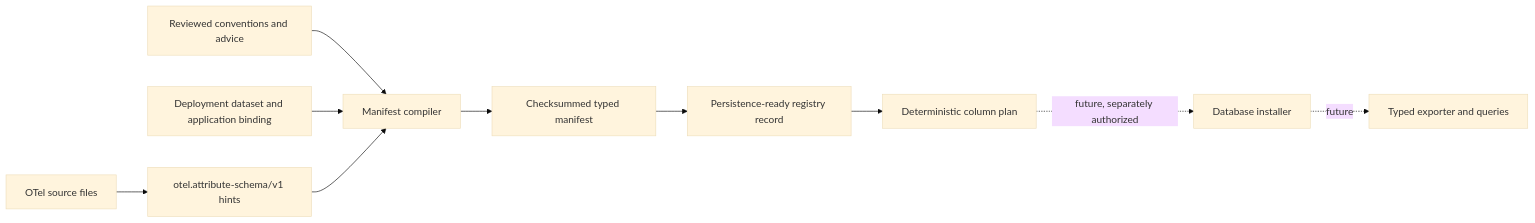
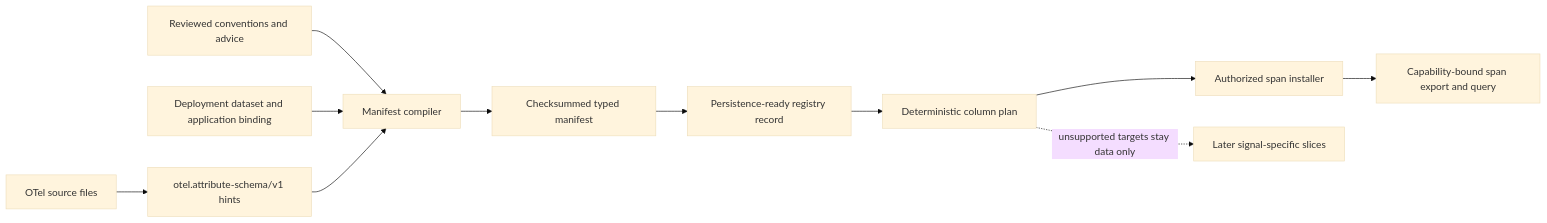
The diagram in docs/typed-attributes.md (chucklehead-dev/jolt-otel-clickhouse), drawn with Mermaid (base theme) before and after one commit. The commit also changed other lines of this file and 16 other files, not shown here.

````diff
--- a/docs/typed-attributes.md
+++ b/docs/typed-attributes.md
@@ -13,12 +14,13 @@
 ```mermaid
 flowchart LR
     A[OTel source files] --> B[otel.attribute-schema/v1 hints]
     C[Reviewed conventions and advice] --> D[Manifest compiler]
     E[Deployment dataset and application binding] --> D
     B --> D
     D --> F[Checksummed typed manifest]
     F --> G[Persistence-ready registry record]
     G --> H[Deterministic column plan]
-    H -. future, separately authorized .-> I[Database installer]
-    I -. future .-> J[Typed exporter and queries]
+    H --> I[Authorized span installer]
+    I --> J[Capability-bound span export and query]
+    H -. unsupported targets stay data only .-> K[Later signal-specific slices]
 ```
````
